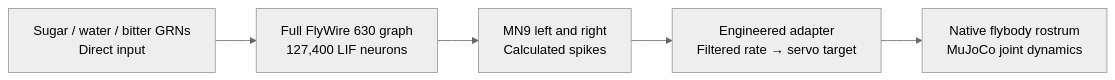
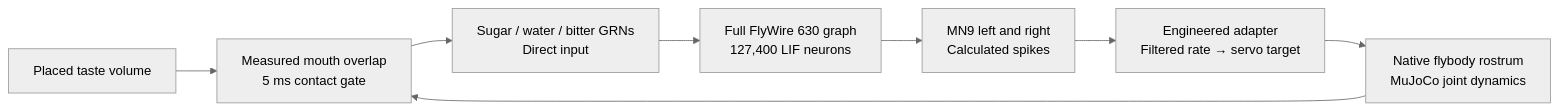
One commit to bitdeep/fly-netsphere changed the diagram in docs/motor-link.md. Above: the diagram before and after it, drawn with Mermaid (neutral theme). The commit also changed other lines of this file and 18 other files, not shown here.

First line of the commit message:
Add contact-driven taste objects to the fly habitat

````diff
--- a/docs/motor-link.md
+++ b/docs/motor-link.md
@@ -18,7 +18,10 @@
 ```mermaid
 flowchart LR
+  O["Placed taste volume"] --> G["Measured mouth overlap<br/>5 ms contact gate"]
+  G --> S
   S["Sugar / water / bitter GRNs<br/>Direct input"] --> C["Full FlyWire 630 graph<br/>127,400 LIF neurons"]
   C --> M["MN9 left and right<br/>Calculated spikes"]
   M --> A["Engineered adapter<br/>Filtered rate → servo target"]
   A --> B["Native flybody rostrum<br/>MuJoCo joint dynamics"]
+  B --> G
 ```
````
